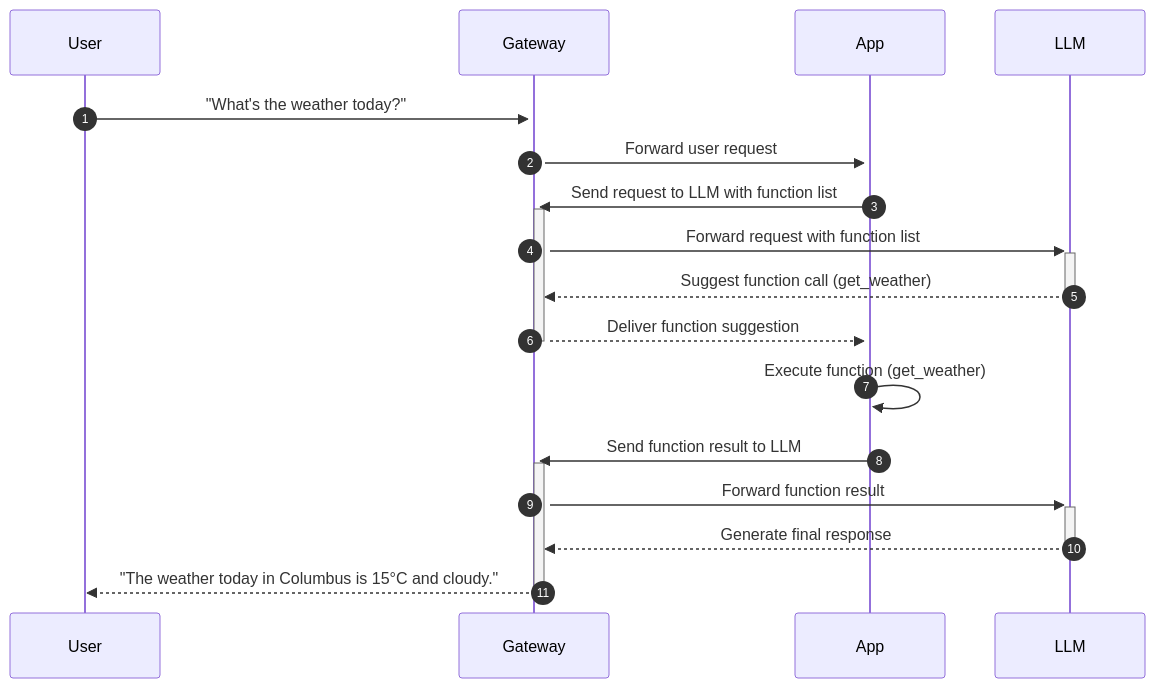
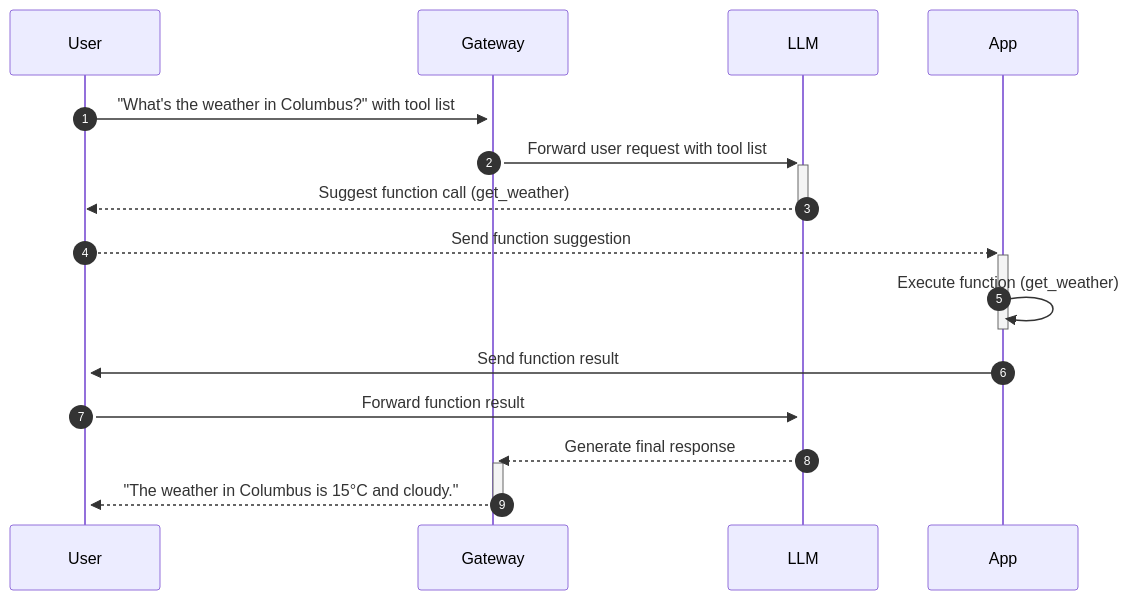
One commit to kgateway-dev/kgateway.dev changed the diagram in content/docs/ai/functions.md. Above: the diagram before and after it, drawn with Mermaid. The commit also changed other lines of this file, not shown here.

Commit message:
Fix AIG function diagram
* From Nina in Slack

````diff
--- a/content/docs/ai/functions.md
+++ b/content/docs/ai/functions.md
@@ -26,15 +26,13 @@
 ```mermaid
 sequenceDiagram
     autonumber
-    User->>+Gateway: "What's the weather today?"
-    Gateway->>+App: Forward user request
-    App->>+Gateway: Send request to LLM with function list
-    Gateway->>+LLM: Forward request with function list
-    LLM-->>-Gateway: Suggest function call (get_weather)
-    Gateway-->>-App: Deliver function suggestion
-    App->>+App: Execute function (get_weather)
-    App->>+Gateway: Send function result to LLM
-    Gateway->>+LLM: Forward function result
-    LLM-->>-Gateway: Generate final response
-    Gateway-->>-User: "The weather today in Columbus is 15°C and cloudy."
+    User->>+Gateway: "What's the weather in Columbus?" with tool list
+    Gateway->>+LLM: Forward user request with tool list
+    LLM-->>-User: Suggest function call (get_weather)
+    User-->>+App: Send function suggestion
+    App->>-App: Execute function (get_weather)
+    App->>+User: Send function result
+    User->>+LLM: Forward function result
+    LLM-->>+Gateway: Generate final response
+    Gateway-->>-User: "The weather in Columbus is 15°C and cloudy."
 ```
````
